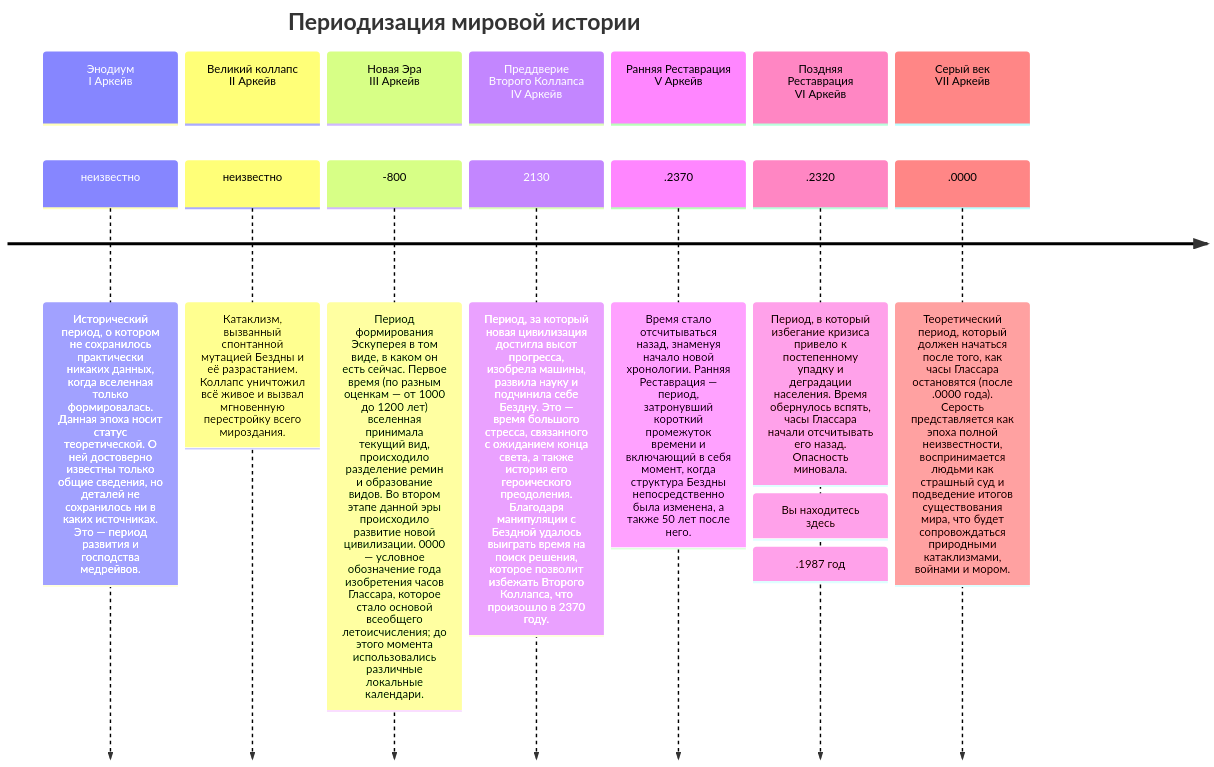
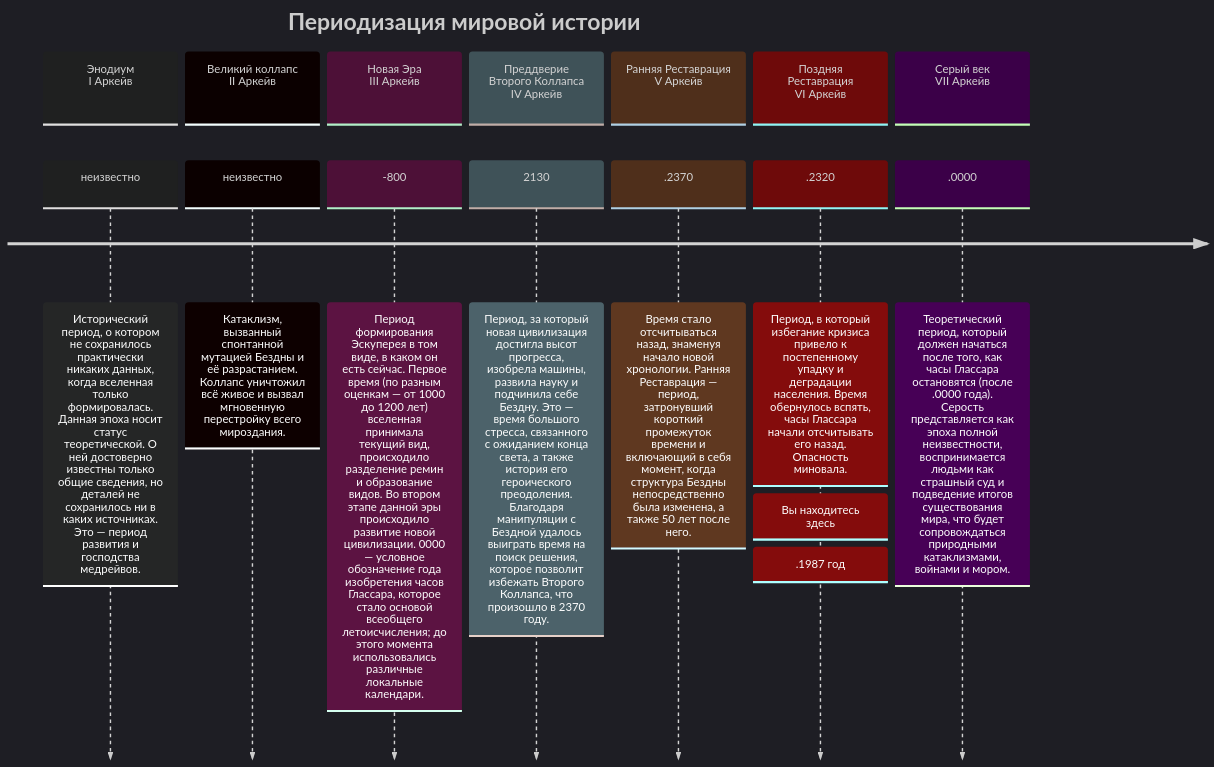
One commit to Remain-Nameless/Escupereum changed the diagram in content/Суслик.md. Above: the diagram before and after it, drawn with Mermaid.

Commit message:
vault backup: 2025-12-18 17:21:57

````diff
--- a/content/Суслик.md
+++ b/content/Суслик.md
@@ -6,22 +6,23 @@
 ```mermaid
 ---
 config:
-theme: 'dark'
+  logLevel: 'debug'
+  theme: 'dark'
 ---
 timeline
     title Периодизация мировой истории
     section Энодиум <br> I Аркейв
         неизвестно : Исторический период, о котором не сохранилось практически никаких данных, когда вселенная только формировалась. Данная эпоха носит статус теоретической. О ней достоверно известны только общие сведения, но деталей не сохранилось ни в каких источниках. Это — период развития и господства медрейвов. 
     section Великий коллапс <br> II Аркейв
 	    неизвестно : Катаклизм, вызванный спонтанной мутацией Бездны и её разрастанием. Коллапс уничтожил всё живое и вызвал мгновенную перестройку всего мироздания.
 	section Новая Эра <br> III Аркейв
 		-800 : Период формирования Эскуперея в том виде, в каком он есть сейчас. Первое время (по разным оценкам — от 1000 до 1200 лет) вселенная принимала текущий вид, происходило разделение ремин и образование видов. Во втором этапе данной эры происходило развитие новой цивилизации. 0000 — условное обозначение года изобретения часов Глассара, которое стало основой всеобщего летоисчисления; до этого момента использовались различные локальные календари.
 	section Преддверие Второго Коллапса <br> IV Аркейв
 		2130 : Период, за который новая цивилизация достигла высот прогресса, изобрела машины, развила науку и подчинила себе Бездну. Это — время большого стресса, связанного с ожиданием конца света, а также история его героического преодоления. Благодаря манипуляции с Бездной удалось выиграть время на поиск решения, которое позволит избежать Второго Коллапса, что произошло в 2370 году.
 	section Ранняя Реставрация <br> V Аркейв
 		.2370 : Время стало отсчитываться назад, знаменуя начало новой хронологии. Ранняя Реставрация — период, затронувший короткий промежуток времени и включающий в себя момент, когда структура Бездны непосредственно была изменена, а также 50 лет после него. 
 	section Поздняя Реставрация <br> VI Аркейв
 		.2320 : Период, в который избегание кризиса привело к постепенному упадку и деградации населения. Время обернулось вспять, часы Глассара начали отсчитывать его назад. Опасность миновала. : Вы находитесь здесь : .1987 год
 	section Серый век <br> VII Аркейв
 		.0000 : Теоретический период, который должен начаться после того, как часы Глассара остановятся (после .0000 года). Серость представляется как эпоха полной неизвестности, воспринимается людьми как страшный суд и подведение итогов существования мира, что будет сопровождаться природными катаклизмами, войнами и мором.
 ```
````
